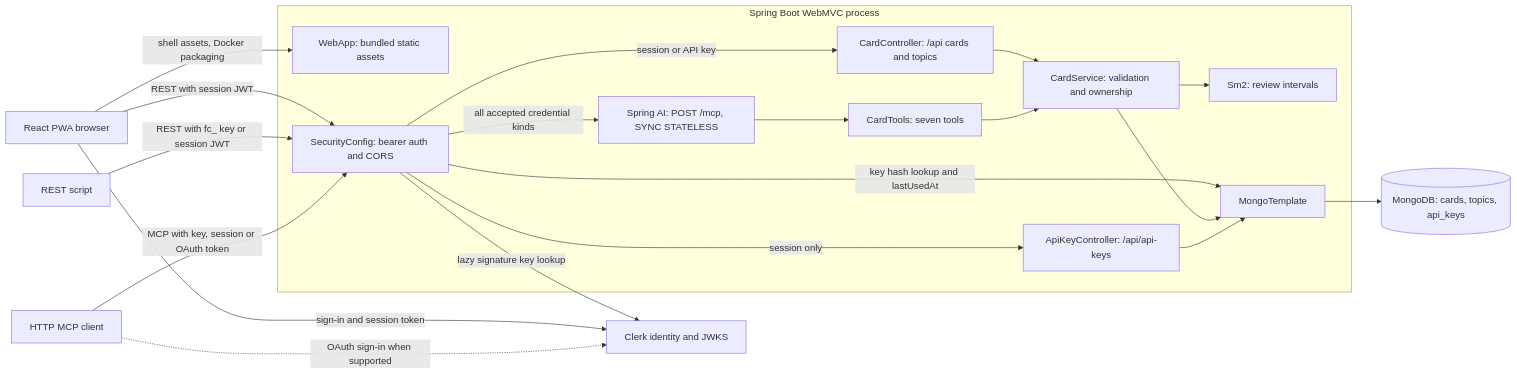
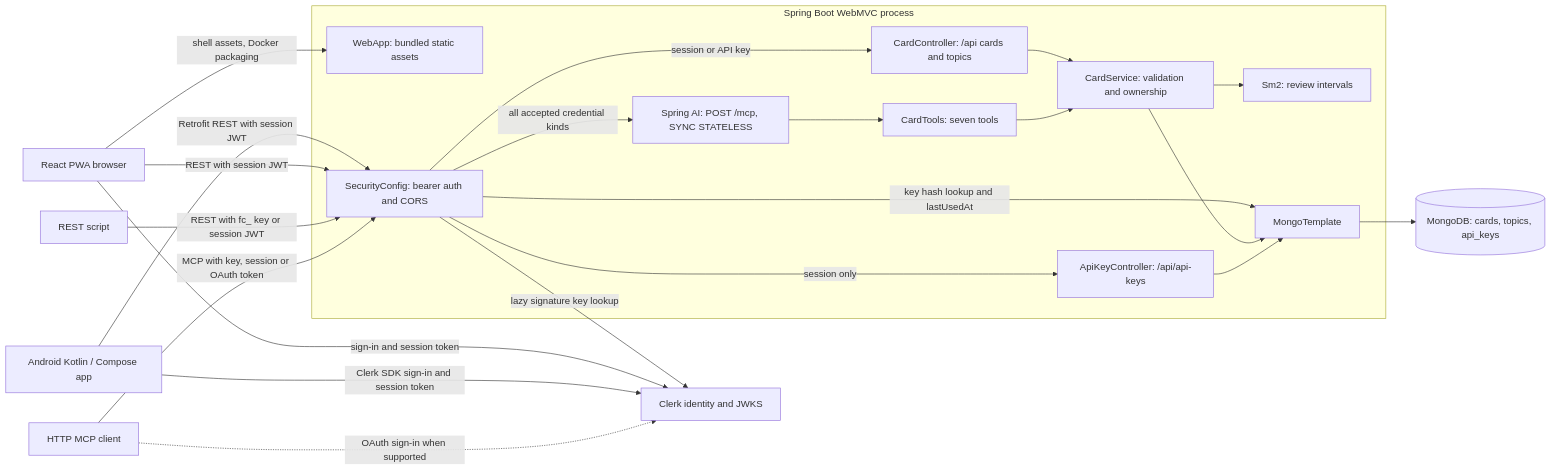
One commit to dkarthick-works/brainrot changed the diagram in docs/architecture.md. Above: the diagram before and after it, drawn with Mermaid. The commit also changed other lines of this file and 4 other files, not shown here.

````diff
--- a/docs/architecture.md
+++ b/docs/architecture.md
@@ -11,37 +11,40 @@
 ```mermaid
 flowchart LR
     Browser["React PWA browser"]
+    Android["Android Kotlin / Compose app"]
     Agent["HTTP MCP client"]
     Script["REST script"]
     Clerk["Clerk identity and JWKS"]
     subgraph Server["Spring Boot WebMVC process"]
         Static["WebApp: bundled static assets"]
         Security["SecurityConfig: bearer auth and CORS"]
         Rest["CardController: /api cards and topics"]
         Keys["ApiKeyController: /api/api-keys"]
         MCP["Spring AI: POST /mcp, SYNC STATELESS"]
         Tools["CardTools: seven tools"]
         Service["CardService: validation and ownership"]
         SM2["Sm2: review intervals"]
         Mongo["MongoTemplate"]
     end
     DB[("MongoDB: cards, topics, api_keys")]
     Browser -->|"shell assets, Docker packaging"| Static
     Browser -->|"sign-in and session token"| Clerk
+    Android -->|"Clerk SDK sign-in and session token"| Clerk
+    Android -->|"Retrofit REST with session JWT"| Security
     Agent -.->|"OAuth sign-in when supported"| Clerk
     Browser -->|"REST with session JWT"| Security
     Script -->|"REST with fc_ key or session JWT"| Security
     Agent -->|"MCP with key, session or OAuth token"| Security
     Security -->|"lazy signature key lookup"| Clerk
     Security -->|"key hash lookup and lastUsedAt"| Mongo
     Security -->|"session or API key"| Rest
     Security -->|"session only"| Keys
     Security -->|"all accepted credential kinds"| MCP
     MCP --> Tools
     Rest --> Service
     Tools --> Service
     Service --> SM2
     Service --> Mongo
     Keys --> Mongo
     Mongo --> DB
 ```
````
